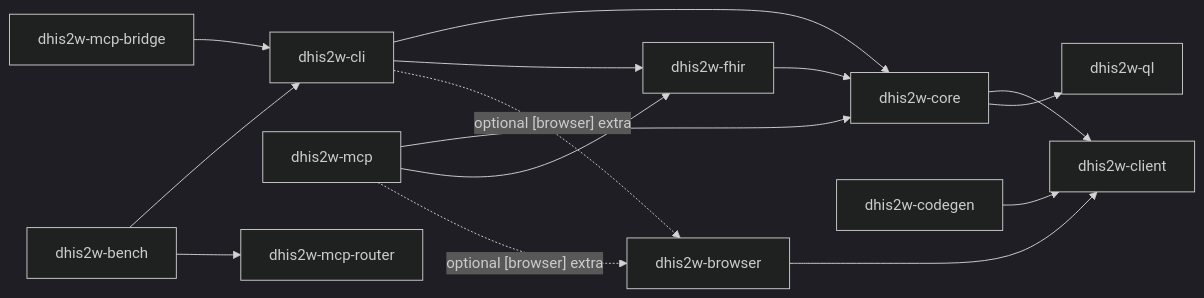
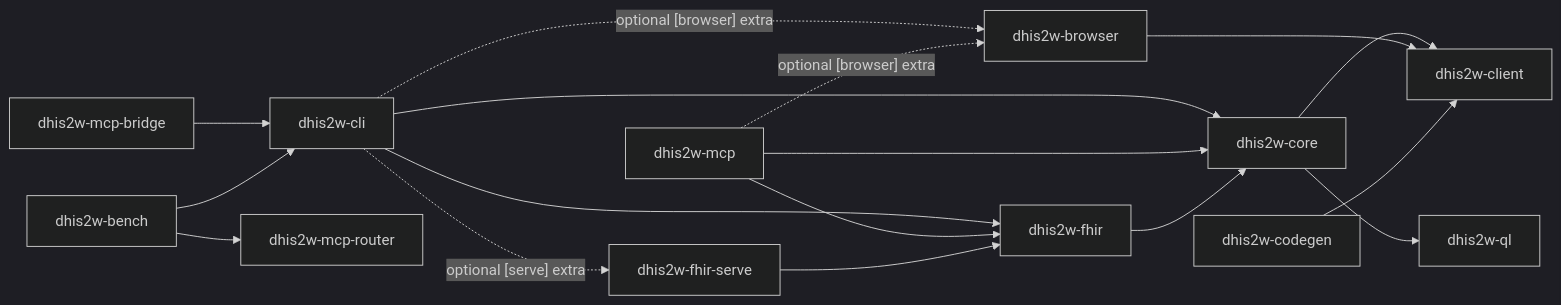
The diagram in CLAUDE.md (winterop-com/dhis2w-utils), drawn with Mermaid (dark theme) before and after one commit. The commit also changed other lines of this file and 27 other files, not shown here.

````diff
--- a/CLAUDE.md
+++ b/CLAUDE.md
@@ -49,29 +49,32 @@
 ```mermaid
 graph LR
     bench["dhis2w-bench"]
     bridge["dhis2w-mcp-bridge"]
     cli["dhis2w-cli"]
     mcp["dhis2w-mcp"]
     router["dhis2w-mcp-router"]
     core["dhis2w-core"]
     ql["dhis2w-ql"]
     browser["dhis2w-browser"]
     codegen["dhis2w-codegen"]
     client["dhis2w-client"]
     fhir["dhis2w-fhir"]
+    fhirserve["dhis2w-fhir-serve"]
 
     cli --> core
     mcp --> core
     cli --> fhir
     mcp --> fhir
     fhir --> core
+    fhirserve --> fhir
     bridge --> cli
     bench --> cli
     bench --> router
     core --> client
     core --> ql
     browser --> client
     codegen --> client
     cli -.->|"optional [browser] extra"| browser
     mcp -.->|"optional [browser] extra"| browser
+    cli -.->|"optional [serve] extra"| fhirserve
 ```
````
